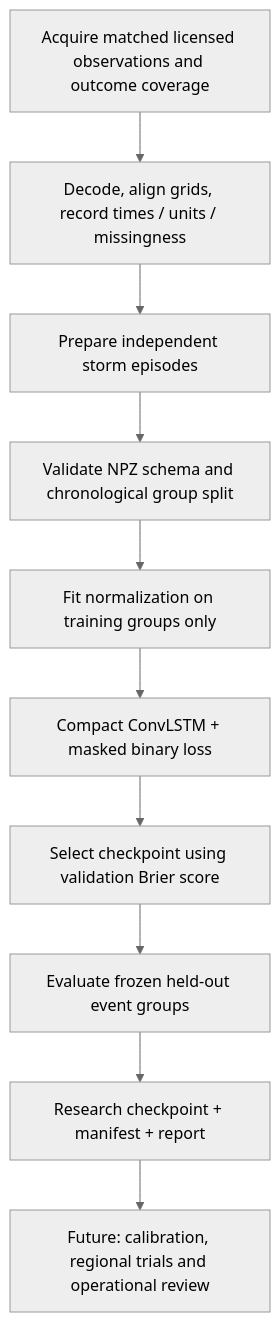
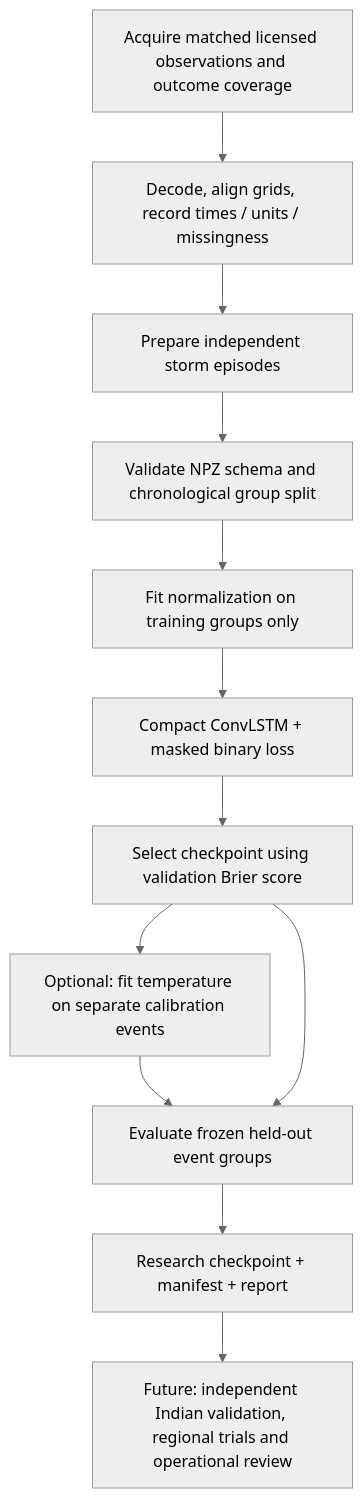
The third of 3 diagrams in docs/IMPLEMENTED_SYSTEM.md (omansharora5/ps_2), drawn with Mermaid (neutral theme) before and after one commit. The commit also changed other lines of this file and 34 other files, not shown here.

Commit message:
Add held-out calibration, optional location and verified model research

````diff
--- a/docs/IMPLEMENTED_SYSTEM.md
+++ b/docs/IMPLEMENTED_SYSTEM.md
@@ -77,12 +80,14 @@
 ```mermaid
 flowchart TD
     Access[Acquire matched licensed observations and outcome coverage] --> Align[Decode, align grids, record times / units / missingness]
     Align --> Episode[Prepare independent storm episodes]
     Episode --> Validate[Validate NPZ schema and chronological group split]
     Validate --> Normalize[Fit normalization on training groups only]
     Normalize --> Train[Compact ConvLSTM + masked binary loss]
     Train --> Select[Select checkpoint using validation Brier score]
-    Select --> Test[Evaluate frozen held-out event groups]
+    Select --> Calibrate[Optional: fit temperature on separate calibration events]
+    Calibrate --> Test[Evaluate frozen held-out event groups]
+    Select --> Test
     Test --> Research[Research checkpoint + manifest + report]
-    Research --> Gate[Future: calibration, regional trials and operational review]
+    Research --> Gate[Future: independent Indian validation, regional trials and operational review]
 ```
````
